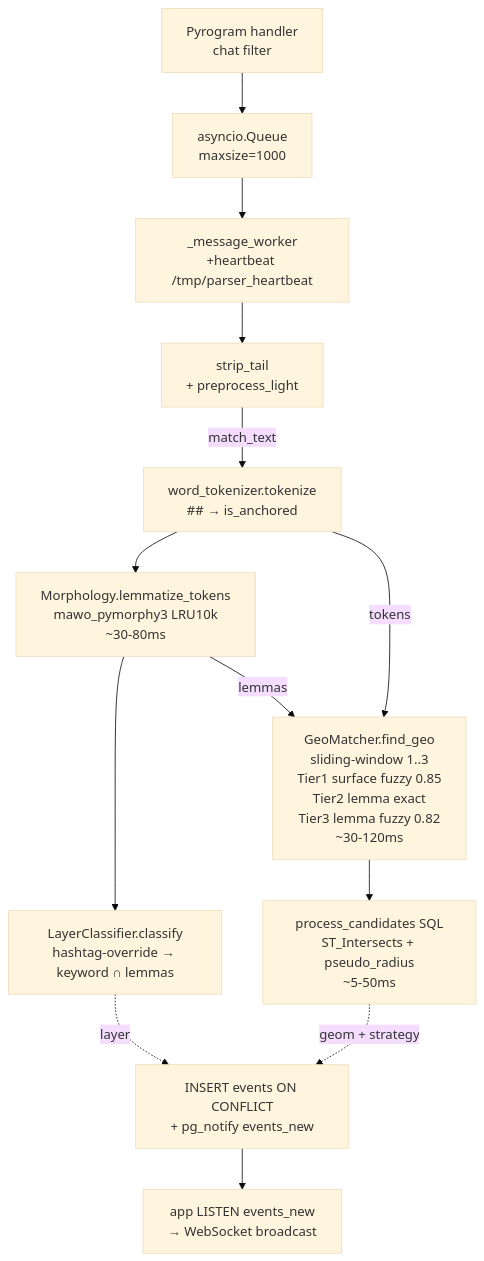
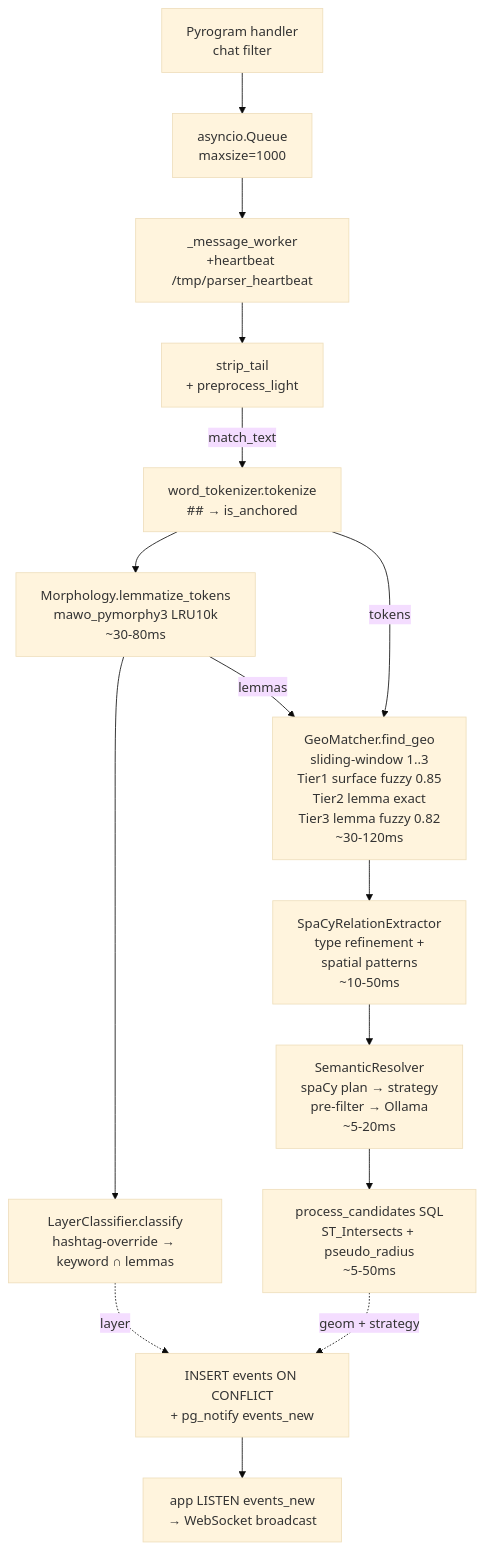
The diagram in docs/parser.md (jin10r/debug), drawn with Mermaid (base theme) before and after one commit. The commit also changed other lines of this file and 8 other files, not shown here.

First line of the commit message:
Integrate spaCy semantic spatial relation extractor

````diff
--- a/docs/parser.md
+++ b/docs/parser.md
@@ -61,15 +73,17 @@
 ```mermaid
 flowchart TD
     A[Pyrogram handler<br/>chat filter] --> B[asyncio.Queue<br/>maxsize=1000]
     B --> C[_message_worker<br/>+heartbeat /tmp/parser_heartbeat]
     C --> D[strip_tail<br/>+ preprocess_light]
     D -->|match_text| E[word_tokenizer.tokenize<br/>## → is_anchored]
     E --> F[Morphology.lemmatize_tokens<br/>mawo_pymorphy3 LRU10k<br/>~30-80ms]
     F --> G[LayerClassifier.classify<br/>hashtag-override → keyword ∩ lemmas]
     F -->|lemmas| H
     E -->|tokens| H[GeoMatcher.find_geo<br/>sliding-window 1..3<br/>Tier1 surface fuzzy 0.85<br/>Tier2 lemma exact<br/>Tier3 lemma fuzzy 0.82<br/>~30-120ms]
-    H --> I[process_candidates SQL<br/>ST_Intersects + pseudo_radius<br/>~5-50ms]
-    G -.layer.-> J
-    I -.geom + strategy.-> J[INSERT events ON CONFLICT<br/>+ pg_notify events_new]
-    J --> K[app LISTEN events_new<br/>→ WebSocket broadcast]
+    H --> I[SpaCyRelationExtractor<br/>type refinement +<br/>spatial patterns<br/>~10-50ms]
+    I --> J[SemanticResolver<br/>spaCy plan → strategy<br/>pre-filter → Ollama<br/>~5-20ms]
+    J --> K[process_candidates SQL<br/>ST_Intersects + pseudo_radius<br/>~5-50ms]
+    G -.layer.-> L
+    K -.geom + strategy.-> L[INSERT events ON CONFLICT<br/>+ pg_notify events_new]
+    L --> M[app LISTEN events_new<br/>→ WebSocket broadcast]
 ```
````
